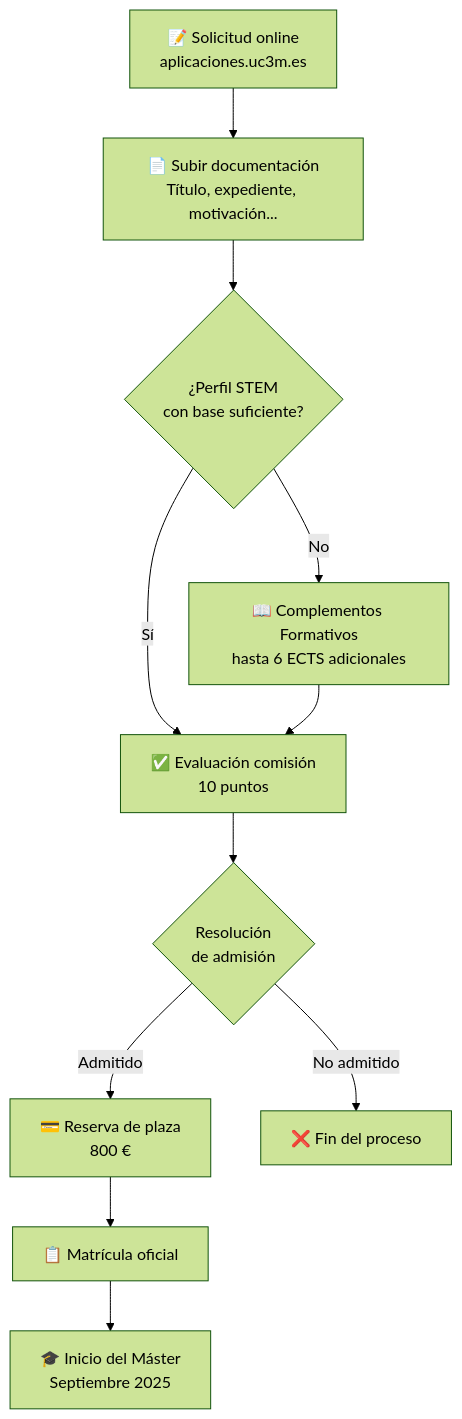
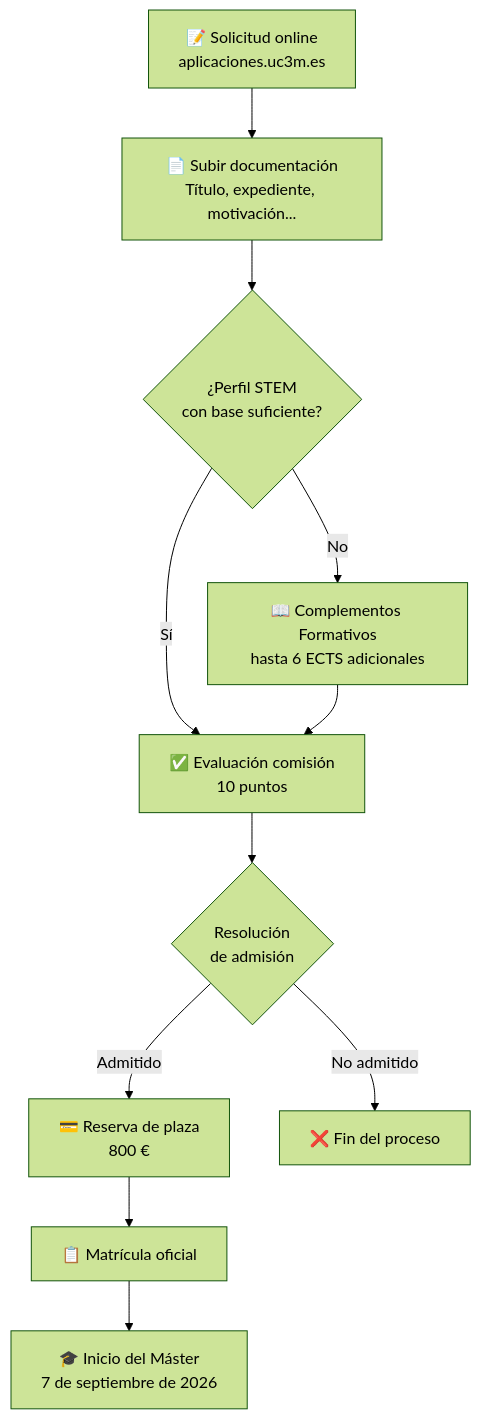
Before and after one commit to jorgegarcelan/maia-uc3m-wiki: the diagram in wiki/admision-y-requisitos.md, drawn with Mermaid (forest theme). The commit also changed 137 other files, not shown here.

````diff
--- a/wiki/admision-y-requisitos.md
+++ b/wiki/admision-y-requisitos.md
@@ -56,13 +56,13 @@
 ```mermaid
 flowchart TD
     A["📝 Solicitud online\naplicaciones.uc3m.es"] --> B["📄 Subir documentación\nTítulo, expediente, motivación..."]
     B --> C{"¿Perfil STEM\ncon base suficiente?"}
     C -->|Sí| D["✅ Evaluación comisión\n10 puntos"]
     C -->|No| E["📖 Complementos Formativos\nhasta 6 ECTS adicionales"]
     E --> D
     D --> F{"Resolución\nde admisión"}
     F -->|Admitido| G["💳 Reserva de plaza\n800 €"]
     F -->|No admitido| H["❌ Fin del proceso"]
     G --> I["📋 Matrícula oficial"]
-    I --> J["🎓 Inicio del Máster\nSeptiembre 2025"]
+    I --> J["🎓 Inicio del Máster\n7 de septiembre de 2026"]
 ```
````
